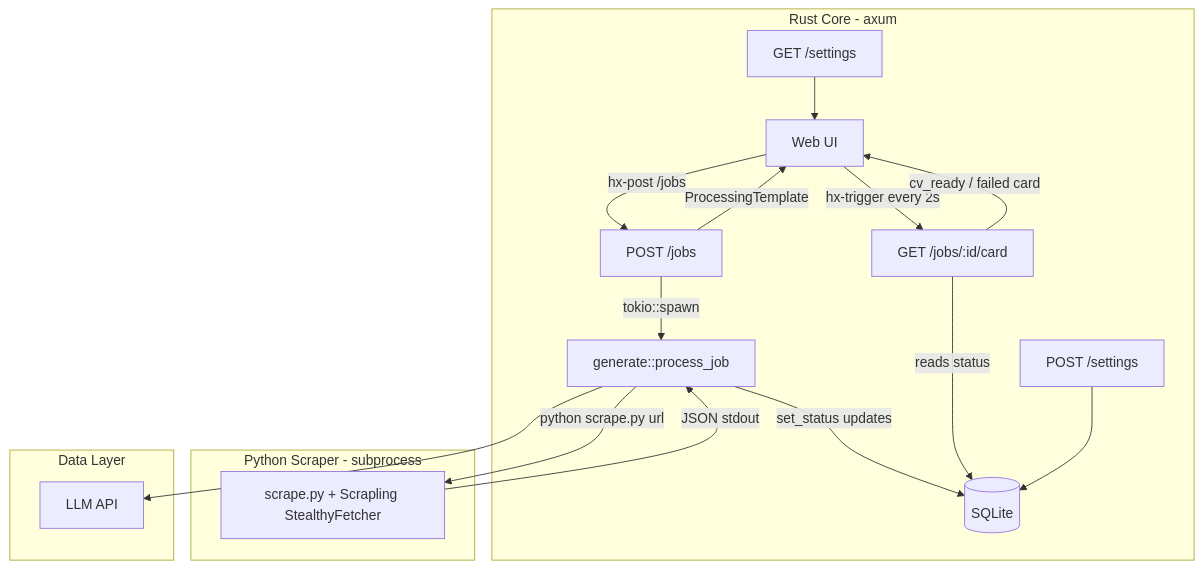
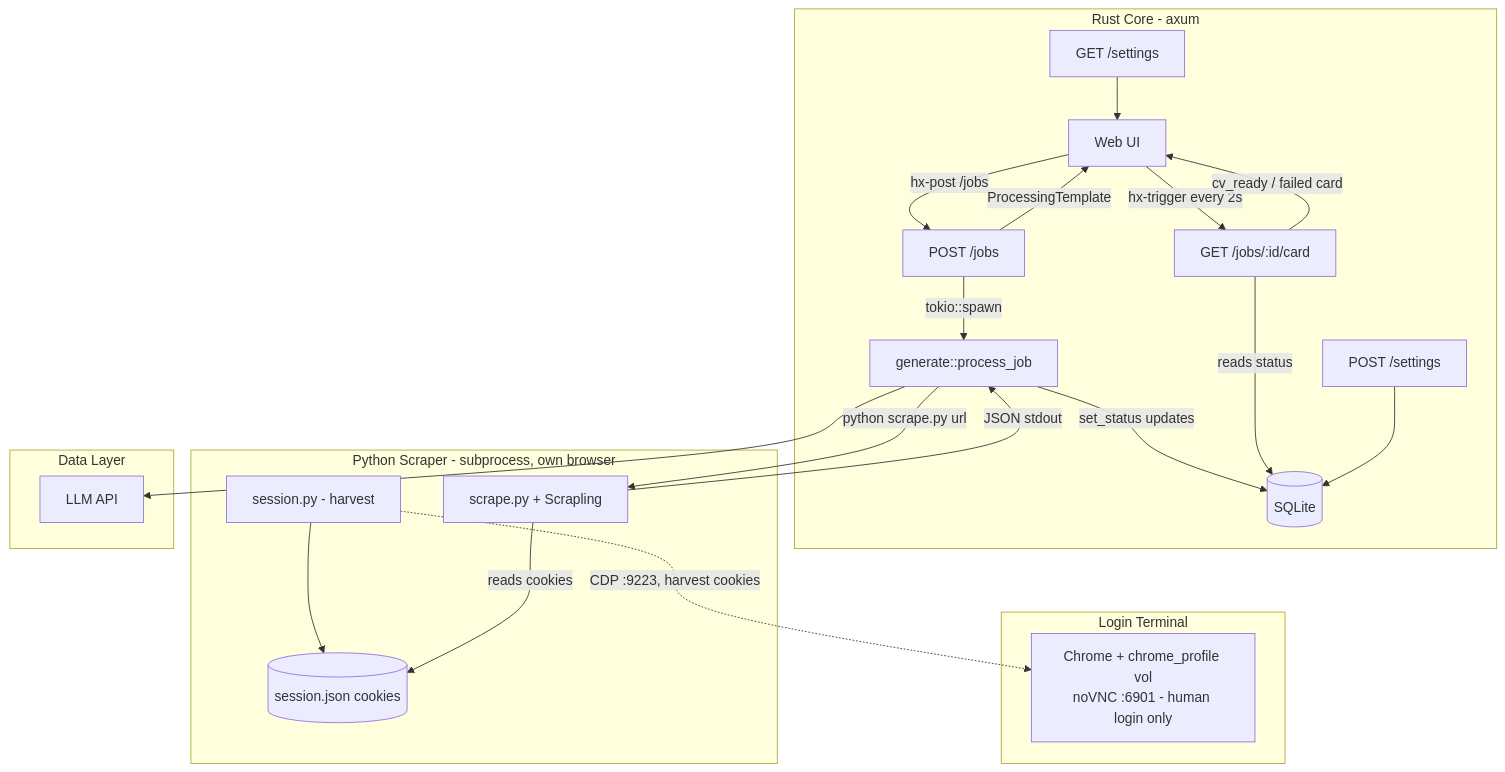
One commit to towgenik/JobHunting changed the diagram in Architecture.md. Above: the diagram before and after it, drawn with Mermaid. The commit also changed other lines of this file and 7 other files, not shown here.

First line of the commit message:
Base: containerized login terminal, deploy stack, CI, scraping design

````diff
--- a/Architecture.md
+++ b/Architecture.md
@@ -57,27 +60,36 @@
 ```mermaid
 flowchart TD
     subgraph RustCore [Rust Core - axum]
         A[Web UI] -->|hx-post /jobs| B[POST /jobs]
         B -->|tokio::spawn| C[generate::process_job]
         B -->|ProcessingTemplate| A
         A -->|hx-trigger every 2s| D[GET /jobs/:id/card]
         C -->|set_status updates| J
         D -->|reads status| J
         D -->|cv_ready / failed card| A
         E[GET /settings] --> A
         F[POST /settings] --> J
     end
 
-    subgraph Scraper [Python Scraper - subprocess]
-        H[scrape.py + Scrapling StealthyFetcher]
+    subgraph Scraper [Python Scraper - subprocess, own browser]
+        S[session.py - harvest]
+        H[scrape.py + Scrapling]
+        Q[(session.json cookies)]
+    end
+
+    subgraph Login [Login Terminal]
+        I[Chrome + chrome_profile vol<br/>noVNC :6901 - human login only]
     end
 
     subgraph Data [Data Layer]
         J[(SQLite)]
         K[LLM API]
     end
 
+    S -.->|CDP :9223, harvest cookies| I
+    S --> Q
     C -->|python scrape.py url| H
+    H -->|reads cookies| Q
     H -->|JSON stdout| C
     C --> K
 ```
````
